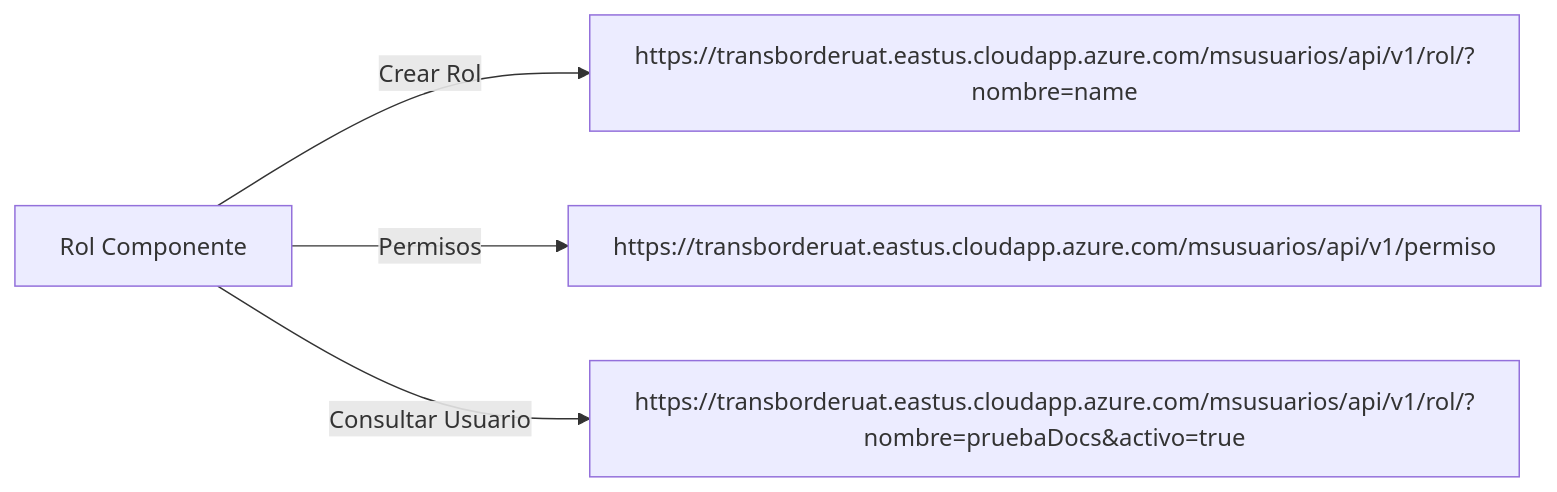
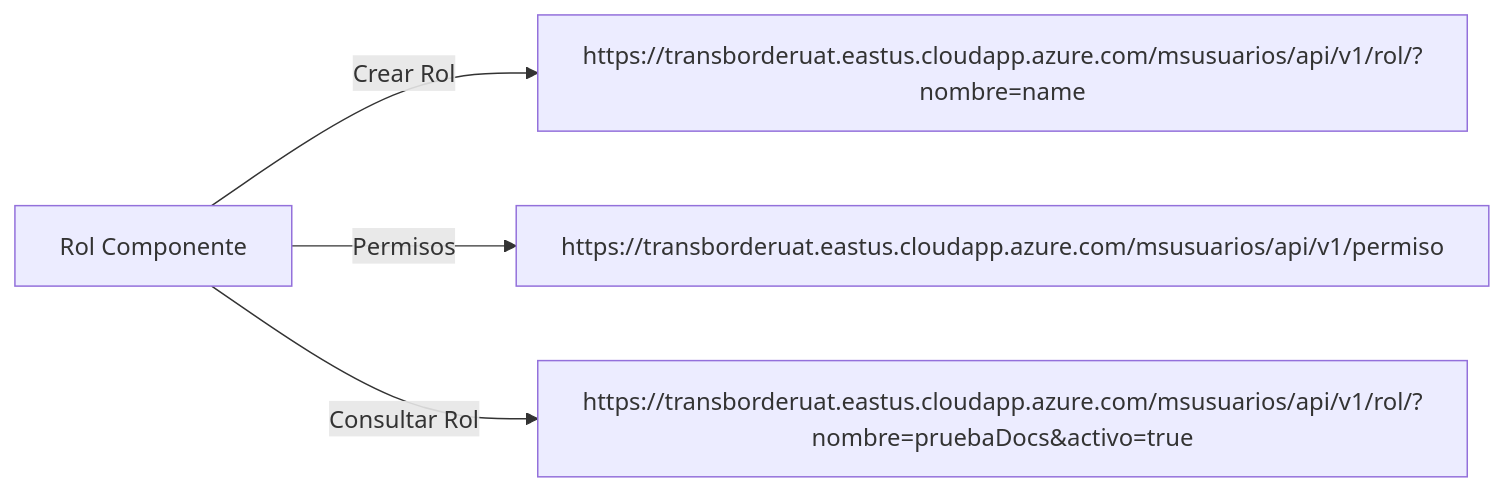
The diagram in ROL.md (tbrjgrisales/FrontCotizadorDocs), drawn with Mermaid before and after one commit. The commit also changed 1 other file, not shown here.

Commit message:
Add diagram Usuarios

````diff
--- a/ROL.md
+++ b/ROL.md
@@ -12,6 +12,6 @@
 ```mermaid
 graph LR
 A[Rol Componente] -- Crear Rol --> B[https://transborderuat.eastus.cloudapp.azure.com/msusuarios/api/v1/rol/?nombre=name]
 A -- Permisos --> C[https://transborderuat.eastus.cloudapp.azure.com/msusuarios/api/v1/permiso]
-A -- Consultar Usuario --> D[https://transborderuat.eastus.cloudapp.azure.com/msusuarios/api/v1/rol/?nombre=pruebaDocs&activo=true]
+A -- Consultar Rol --> D[https://transborderuat.eastus.cloudapp.azure.com/msusuarios/api/v1/rol/?nombre=pruebaDocs&activo=true]
 ```
````
